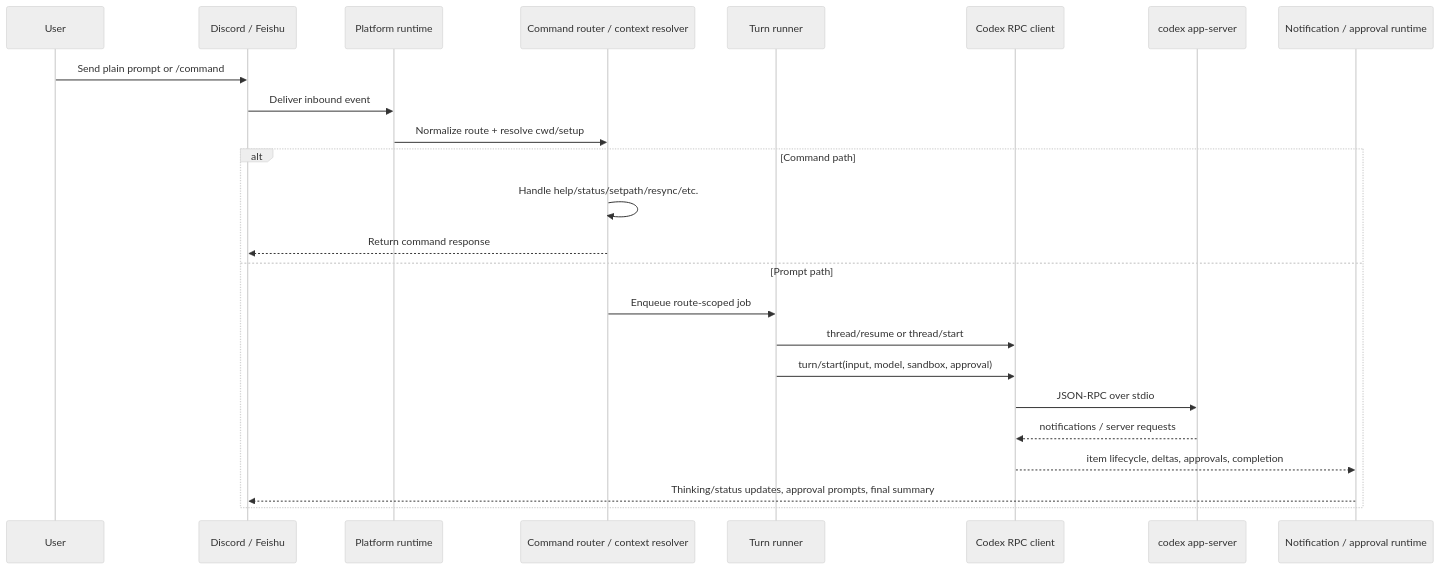
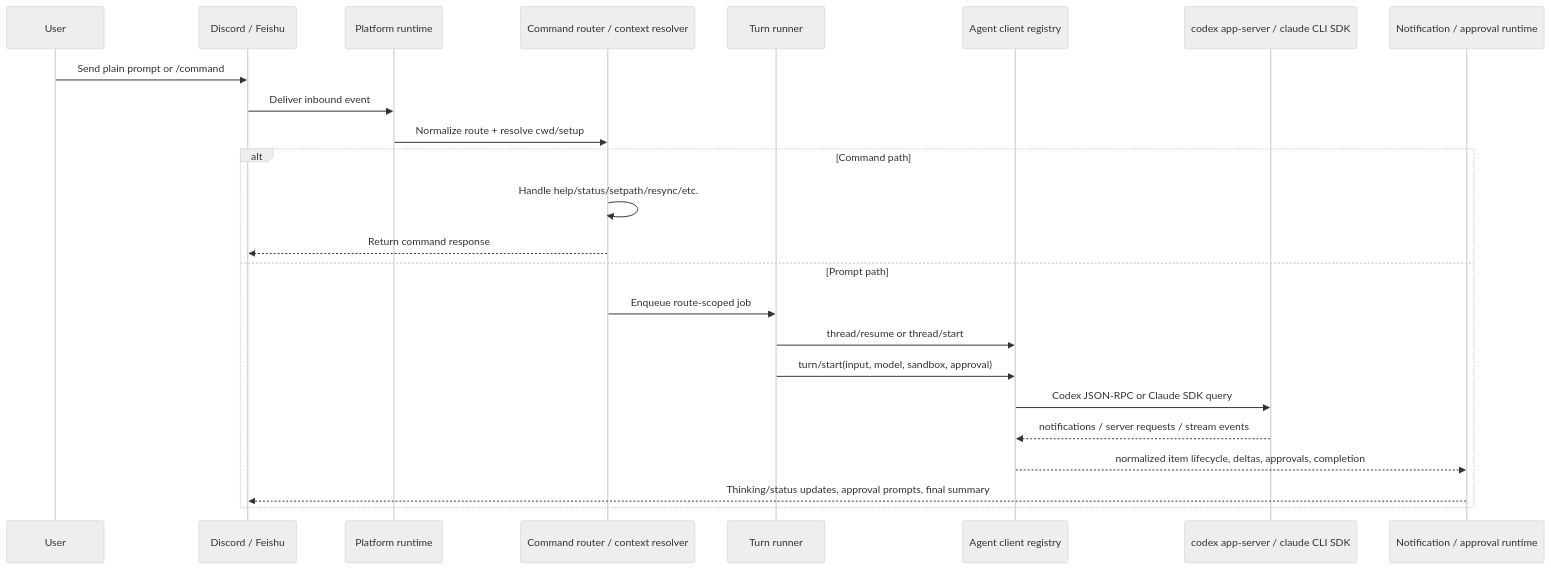
The diagram in README.md (Aias00/ai-bot-gateway), drawn with Mermaid (neutral theme) before and after one commit. The commit also changed other lines of this file, not shown here.

````diff
--- a/README.md
+++ b/README.md
@@ -64,28 +69,28 @@
 ```mermaid
 sequenceDiagram
   participant User as User
   participant Chat as Discord / Feishu
   participant Platform as Platform runtime
   participant Router as Command router / context resolver
   participant Queue as Turn runner
-  participant Codex as Codex RPC client
-  participant App as codex app-server
+  participant Agent as Agent client registry
+  participant Backend as codex app-server / claude CLI SDK
   participant Notify as Notification / approval runtime
 
   User->>Chat: Send plain prompt or /command
   Chat->>Platform: Deliver inbound event
   Platform->>Router: Normalize route + resolve cwd/setup
 
   alt Command path
     Router->>Router: Handle help/status/setpath/resync/etc.
     Router-->>Chat: Return command response
   else Prompt path
     Router->>Queue: Enqueue route-scoped job
-    Queue->>Codex: thread/resume or thread/start
-    Queue->>Codex: turn/start(input, model, sandbox, approval)
-    Codex->>App: JSON-RPC over stdio
-    App-->>Codex: notifications / server requests
-    Codex-->>Notify: item lifecycle, deltas, approvals, completion
+    Queue->>Agent: thread/resume or thread/start
+    Queue->>Agent: turn/start(input, model, sandbox, approval)
+    Agent->>Backend: Codex JSON-RPC or Claude SDK query
+    Backend-->>Agent: notifications / server requests / stream events
+    Agent-->>Notify: normalized item lifecycle, deltas, approvals, completion
     Notify-->>Chat: Thinking/status updates, approval prompts, final summary
   end
 ```
````
